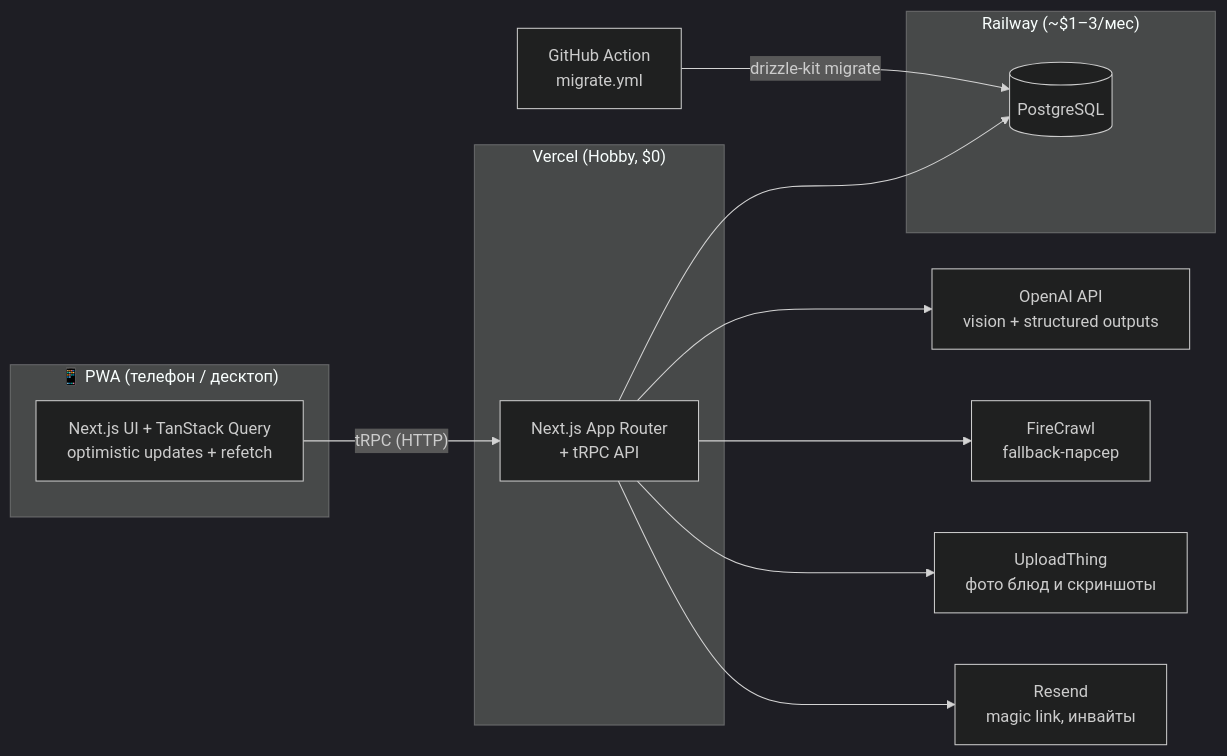
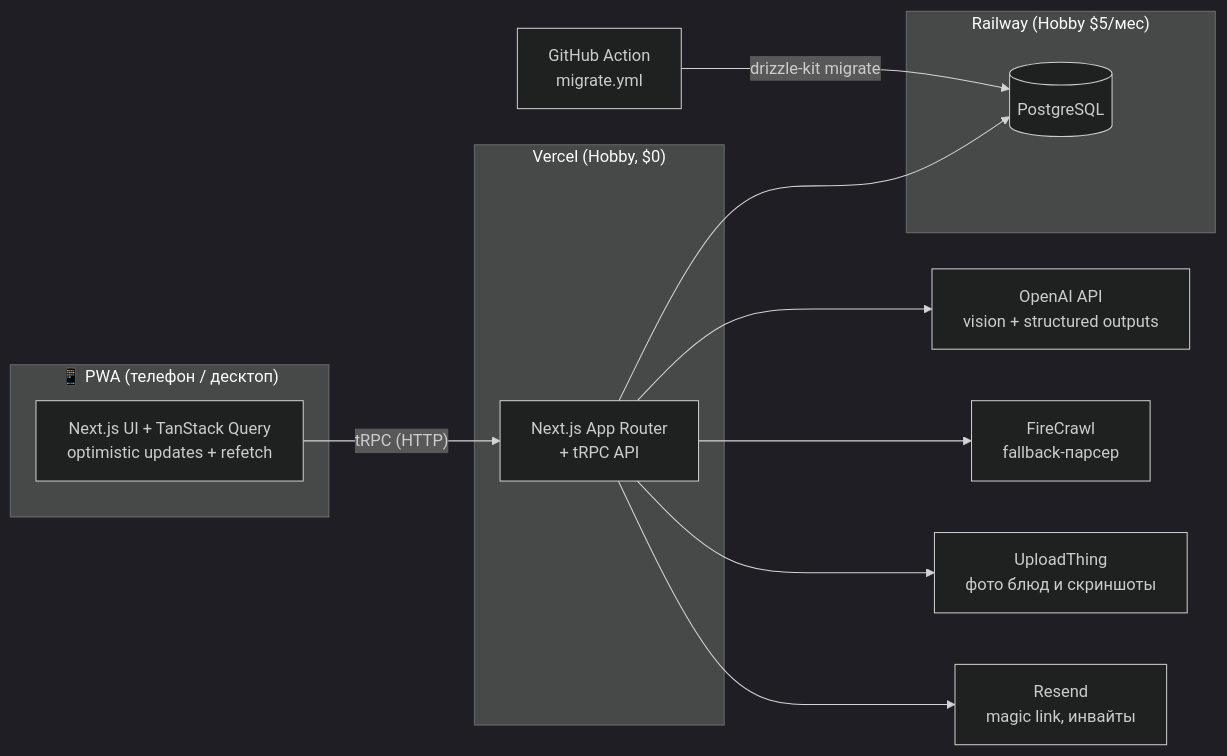
The second of 2 diagrams in VISION.md (ilyanosovsky/larder), drawn with Mermaid (dark theme) before and after one commit. The commit also changed other lines of this file and 9 other files, not shown here.

````diff
--- a/VISION.md
+++ b/VISION.md
@@ -138,19 +138,19 @@
 ```mermaid
 flowchart LR
     subgraph Client["📱 PWA (телефон / десктоп)"]
         UI[Next.js UI + TanStack Query\noptimistic updates + refetch]
     end
     subgraph Vercel["Vercel (Hobby, $0)"]
         APP[Next.js App Router\n+ tRPC API]
     end
-    subgraph Railway["Railway (~$1–3/мес)"]
+    subgraph Railway["Railway (Hobby $5/мес)"]
         DB[(PostgreSQL)]
     end
     GH[GitHub Action\nmigrate.yml] -- drizzle-kit migrate --> DB
     UI -- tRPC (HTTP) --> APP
     APP --> DB
     APP --> OpenAI[OpenAI API\nvision + structured outputs]
     APP --> FC[FireCrawl\nfallback-парсер]
     APP --> UT[UploadThing\nфото блюд и скриншоты]
     APP --> RS[Resend\nmagic link, инвайты]
 ```
````
